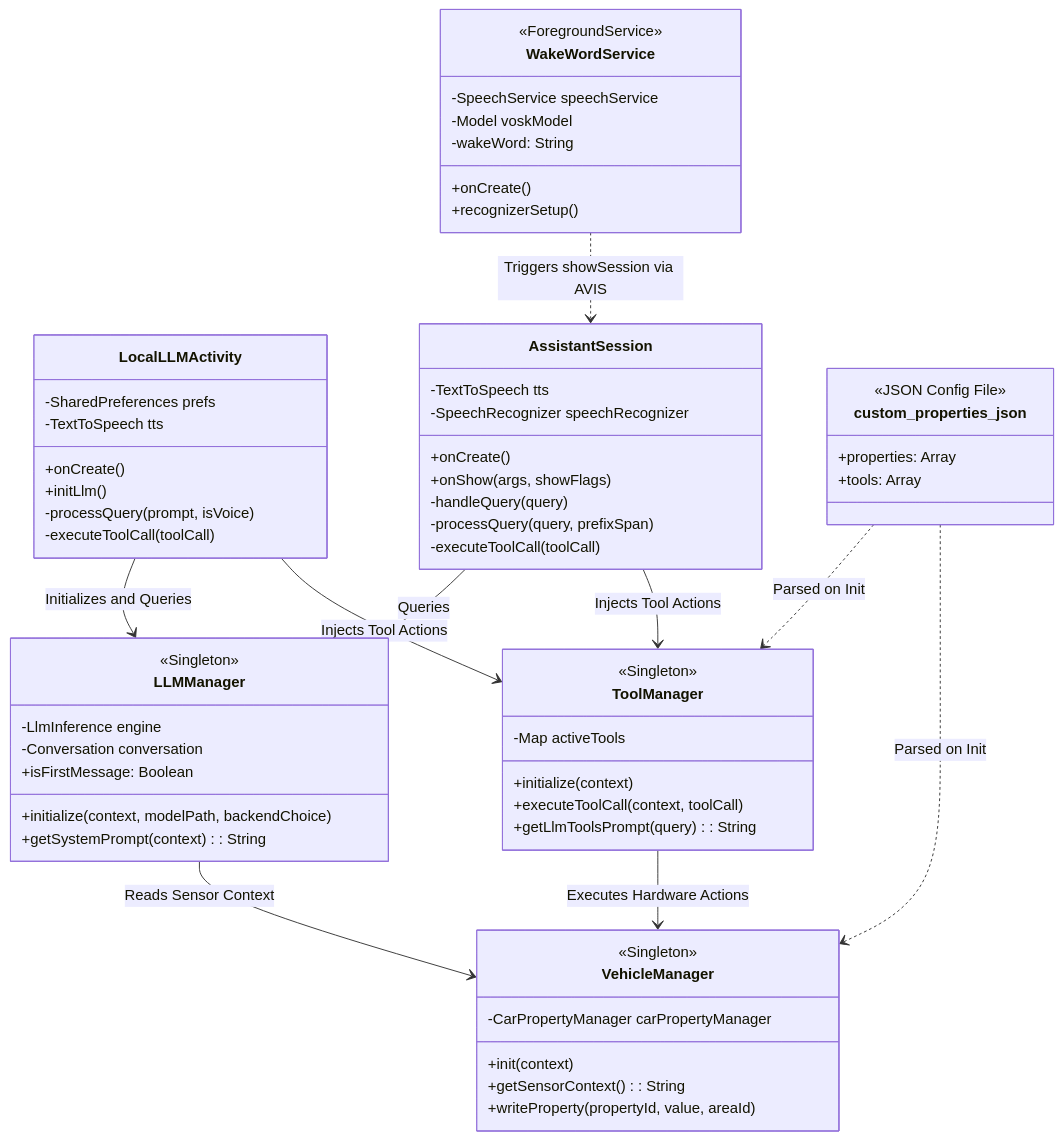
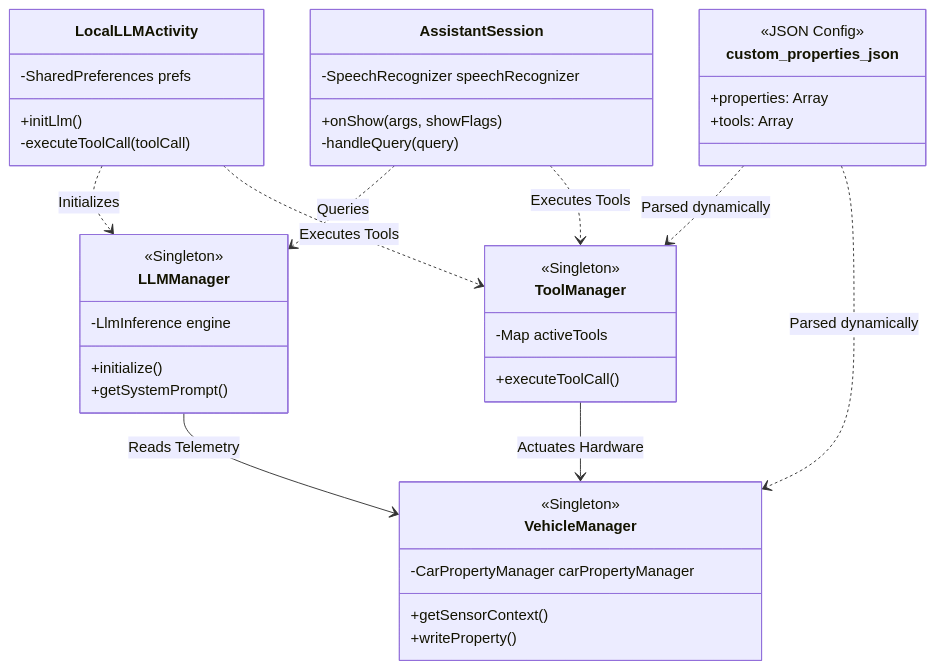
The fourth of 4 diagrams in ARCHITECTURE.md (hemangpandhi/ai-assistant), drawn with Mermaid before and after one commit. The commit also changed other lines of this file, not shown here.

Commit message:
docs: Upgrade all Mermaid diagrams to a sleek, modern, professional design

````diff
--- a/ARCHITECTURE.md
+++ b/ARCHITECTURE.md
@@ -137,74 +143,50 @@
 ```mermaid
 classDiagram
     class LocalLLMActivity {
         -SharedPreferences prefs
-        -TextToSpeech tts
-        +onCreate()
         +initLlm()
-        -processQuery(prompt, isVoice)
         -executeToolCall(toolCall)
     }
 
     class AssistantSession {
-        -TextToSpeech tts
         -SpeechRecognizer speechRecognizer
-        +onCreate()
         +onShow(args, showFlags)
         -handleQuery(query)
-        -processQuery(query, prefixSpan)
-        -executeToolCall(toolCall)
     }
 
     class LLMManager {
         <<Singleton>>
         -LlmInference engine
-        -Conversation conversation
-        +isFirstMessage: Boolean
-        +initialize(context, modelPath, backendChoice)
-        +getSystemPrompt(context): String
-    }
-
-    class WakeWordService {
-        <<ForegroundService>>
-        -SpeechService speechService
-        -Model voskModel
-        -wakeWord: String
-        +onCreate()
-        +recognizerSetup()
+        +initialize()
+        +getSystemPrompt()
     }
 
     class ToolManager {
         <<Singleton>>
         -Map activeTools
-        +initialize(context)
-        +executeToolCall(context, toolCall)
-        +getLlmToolsPrompt(query): String
+        +executeToolCall()
     }
 
     class VehicleManager {
         <<Singleton>>
         -CarPropertyManager carPropertyManager
-        +init(context)
-        +getSensorContext(): String
-        +writeProperty(propertyId, value, areaId)
+        +getSensorContext()
+        +writeProperty()
     }
-    
+
     class custom_properties_json {
-        <<JSON Config File>>
+        <<JSON Config>>
         +properties: Array
         +tools: Array
     }
     
     %% Relationships
-    LocalLLMActivity --> LLMManager : Initializes and Queries
-    AssistantSession --> LLMManager : Queries
-    LocalLLMActivity --> ToolManager : Injects Tool Actions
-    AssistantSession --> ToolManager : Injects Tool Actions
-    ToolManager --> VehicleManager : Executes Hardware Actions
-    LLMManager --> VehicleManager : Reads Sensor Context
-    WakeWordService ..> AssistantSession : Triggers showSession via AVIS
-    
-    %% Dynamic Loading
-    custom_properties_json ..> ToolManager : Parsed on Init
-    custom_properties_json ..> VehicleManager : Parsed on Init
+    LocalLLMActivity ..> LLMManager : Initializes
+    AssistantSession ..> LLMManager : Queries
+    LocalLLMActivity ..> ToolManager : Executes Tools
+    AssistantSession ..> ToolManager : Executes Tools
+    ToolManager --> VehicleManager : Actuates Hardware
+    LLMManager --> VehicleManager : Reads Telemetry
+    custom_properties_json ..> ToolManager : Parsed dynamically
+    custom_properties_json ..> VehicleManager : Parsed dynamically
 ```
````
